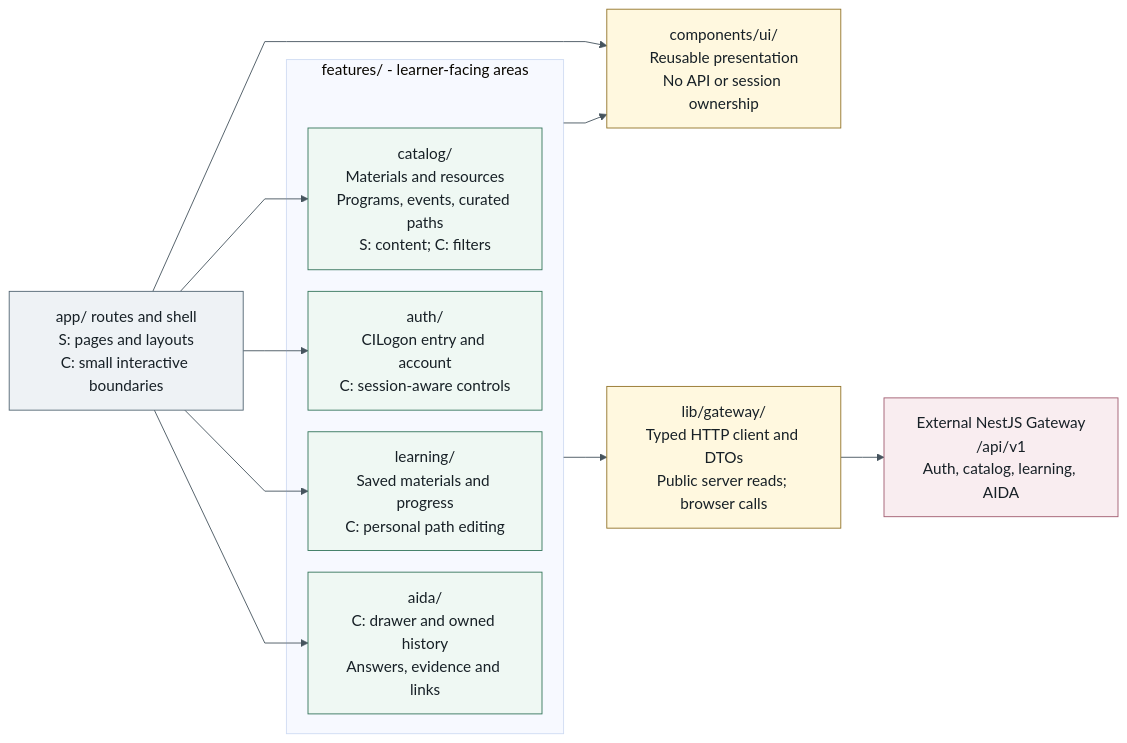
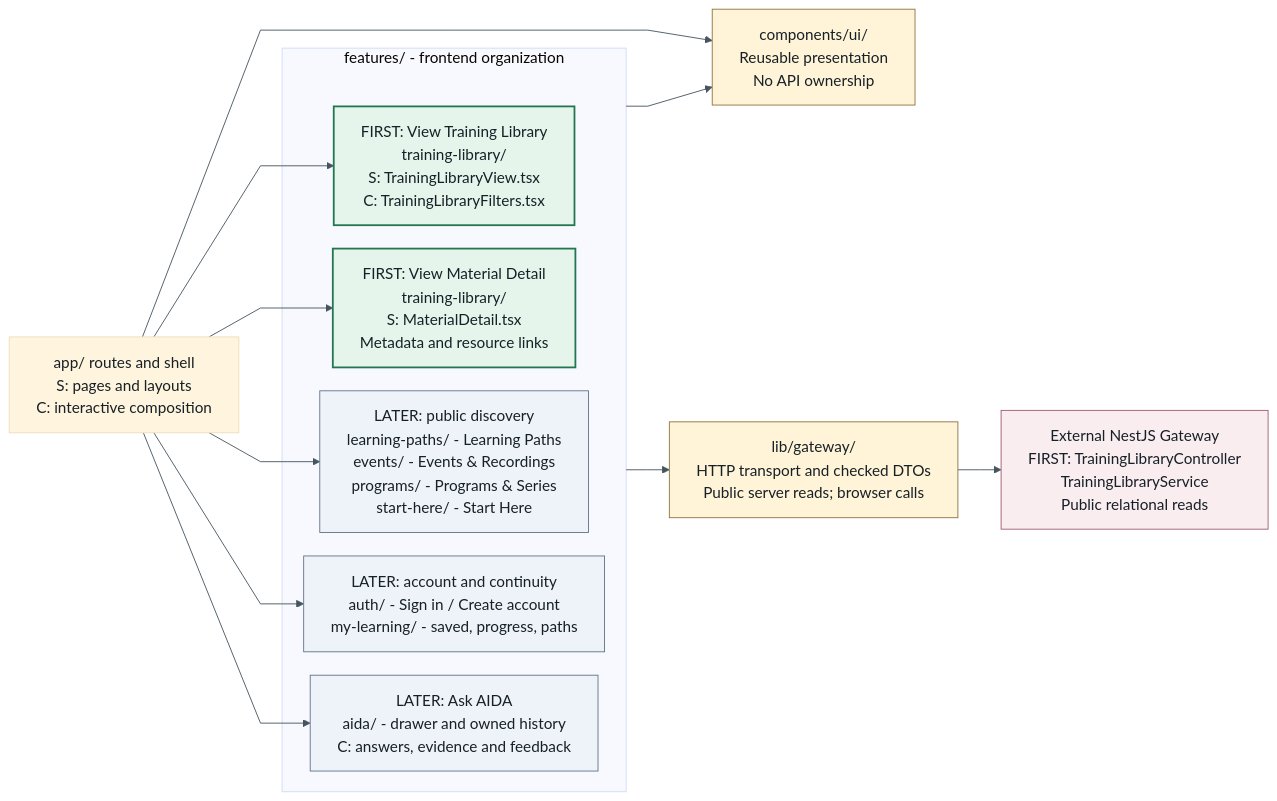
One commit to sdsc-hpc-training-dev/hpc-learning-hub-frontend changed the diagram in docs/architecture/nextjs-modules.md. Above: the diagram before and after it, drawn with Mermaid. The commit also changed other lines of this file and 2 other files, not shown here.

Commit message:
docs: align paired module diagrams with learner features

````diff
--- a/docs/architecture/nextjs-modules.md
+++ b/docs/architecture/nextjs-modules.md
@@ -18,47 +21,50 @@
 ```mermaid
 ---
 config:
   theme: base
   deterministicIds: true
-  deterministicIDSeed: hpc-nextjs-modules-v1
+  deterministicIDSeed: hpc-nextjs-feature-boundaries-2026-09-04
   themeVariables:
     fontFamily: Arial
     fontSize: 17px
     primaryTextColor: '#172026'
     lineColor: '#46545e'
   flowchart:
     htmlLabels: false
+    wrappingWidth: 360
     curve: linear
-    nodeSpacing: 24
+    nodeSpacing: 26
     rankSpacing: 48
 ---
 flowchart LR
-  accTitle: HPC Learning Hub Next.js feature dependencies
-  accDescr: Thin routes and shell compose four feature areas. Features use reusable UI and one typed client. Only the client calls the external NestJS Gateway. There are no reverse dependencies.
-  SHELL["app/ routes and shell<br/>S: pages and layouts<br/>C: small interactive boundaries"]
-  subgraph FEATURES["features/ - learner-facing areas"]
-    CATALOG["catalog/<br/>Materials and resources<br/>Programs, events, curated paths<br/>S: content; C: filters"]
-    AUTH["auth/<br/>CILogon entry and account<br/>C: session-aware controls"]
-    LEARNING["learning/<br/>Saved materials and progress<br/>C: personal path editing"]
-    AIDA["aida/<br/>C: drawer and owned history<br/>Answers, evidence and links"]
+  accTitle: HPC Learning Hub Next.js features, 2026-09-04
+  accDescr: Routes compose the first Training Library and Material Detail views in one training-library folder. Later public discovery, account, personal learning and AIDA features use shared UI and Gateway transport. Only transport calls NestJS.
+  SHELL["app/ routes and shell<br/>S: pages and layouts<br/>C: interactive composition"]
+  subgraph FEATURES["features/ - frontend organization"]
+    LIB["FIRST: View Training Library<br/>training-library/<br/>S: TrainingLibraryView.tsx<br/>C: TrainingLibraryFilters.tsx"]
+    DETAIL["FIRST: View Material Detail<br/>training-library/<br/>S: MaterialDetail.tsx<br/>Metadata and resource links"]
+    DISCOVERY["LATER: public discovery<br/>learning-paths/ - Learning Paths<br/>events/ - Events & Recordings<br/>programs/ - Programs & Series<br/>start-here/ - Start Here"]
+    ACCOUNT["LATER: account and continuity<br/>auth/ - Sign in / Create account<br/>my-learning/ - saved, progress, paths"]
+    AIDA["LATER: Ask AIDA<br/>aida/ - drawer and owned history<br/>C: answers, evidence and feedback"]
   end
-  UI["components/ui/<br/>Reusable presentation<br/>No API or session ownership"]
-  CLIENT["lib/gateway/<br/>Typed HTTP client and DTOs<br/>Public server reads; browser calls"]
-  GATEWAY["External NestJS Gateway<br/>/api/v1<br/>Auth, catalog, learning, AIDA"]
-  SHELL --> CATALOG
-  SHELL --> AUTH
-  SHELL --> LEARNING
+  UI["components/ui/<br/>Reusable presentation<br/>No API ownership"]
+  CLIENT["lib/gateway/<br/>HTTP transport and checked DTOs<br/>Public server reads; browser calls"]
+  GATEWAY["External NestJS Gateway<br/>FIRST: TrainingLibraryController<br/>TrainingLibraryService<br/>Public relational reads"]
+  SHELL --> LIB
+  SHELL --> DETAIL
+  SHELL --> DISCOVERY
+  SHELL --> ACCOUNT
   SHELL --> AIDA
   SHELL --> UI
   FEATURES --> UI
   FEATURES --> CLIENT
   CLIENT --> GATEWAY
-  classDef shell fill:#eef2f5,stroke:#526673,color:#172026
-  classDef feature fill:#eff8f3,stroke:#35765c,color:#172026
-  classDef shared fill:#fff8df,stroke:#927329,color:#172026
+  classDef first fill:#e5f5ec,stroke:#237650,stroke-width:2px,color:#172026
+  classDef later fill:#eef3fa,stroke:#60748b,color:#172026
+  classDef shared fill:#fff4d8,stroke:#8e733c,color:#172026
   classDef external fill:#f9edf0,stroke:#a15c70,color:#172026
-  class SHELL shell
-  class CATALOG,AUTH,LEARNING,AIDA feature
+  class LIB,DETAIL first
+  class DISCOVERY,ACCOUNT,AIDA later
   class UI,CLIENT shared
   class GATEWAY external
 ```
````
